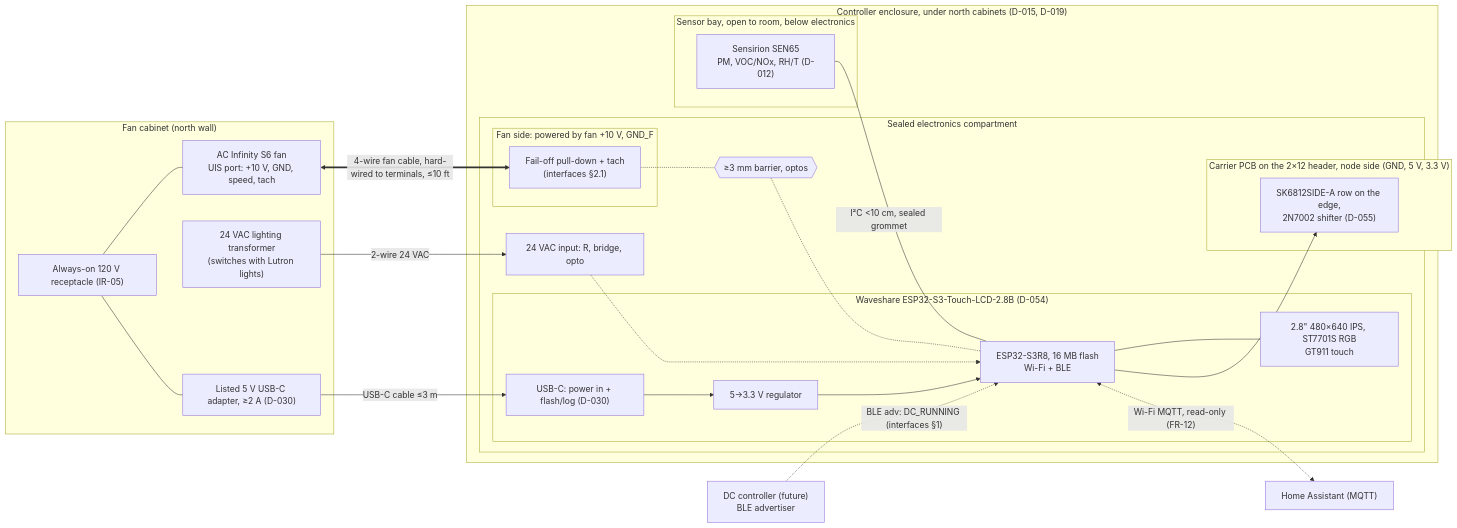
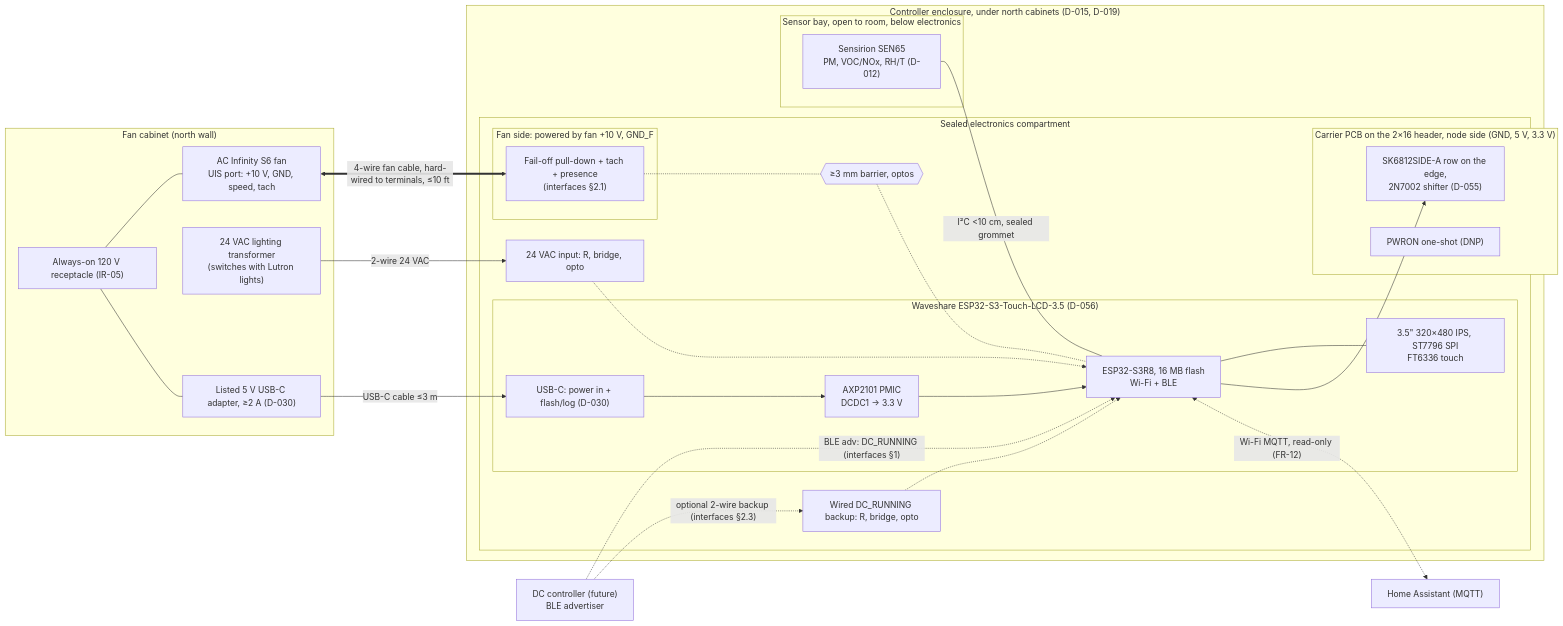
One commit to metcalf/shop-exhaust-control changed the diagram in docs/architecture.md. Above: the diagram before and after it, drawn with Mermaid. The commit also changed other lines of this file and 5 other files, not shown here.

First line of the commit message:
Docs for the Waveshare 3.5 (D-056): pin plan, restored FR-18/IR-01, AXP2101 power

````diff
--- a/docs/architecture.md
+++ b/docs/architecture.md
@@ -9,46 +9,49 @@
 ```mermaid
 flowchart LR
   subgraph CAB["Fan cabinet (north wall)"]
     REC["Always-on 120 V receptacle (IR-05)"]
     S6["AC Infinity S6 fan<br/>UIS port: +10 V, GND, speed, tach"]
     XFMR["24 VAC lighting transformer<br/>(switches with Lutron lights)"]
     PSU["Listed 5 V USB-C adapter, ≥2 A (D-030)"]
     REC --- S6
     REC --- PSU
   end
 
   subgraph ENC["Controller enclosure, under north cabinets (D-015, D-019)"]
     subgraph EC["Sealed electronics compartment"]
       subgraph FS["Fan side: powered by fan +10 V, GND_F"]
-        FAN_IF["Fail-off pull-down + tach<br/>(interfaces §2.1)"]
+        FAN_IF["Fail-off pull-down + tach + presence<br/>(interfaces §2.1)"]
       end
       BAR1{{"≥3 mm barrier, optos"}}
-      subgraph WS["Waveshare ESP32-S3-Touch-LCD-2.8B (D-054)"]
+      subgraph WS["Waveshare ESP32-S3-Touch-LCD-3.5 (D-056)"]
         MCU["ESP32-S3R8, 16 MB flash<br/>Wi-Fi + BLE"]
-        PWR["5→3.3 V regulator"]
-        PANEL["2.8&quot; 480×640 IPS, ST7701S RGB<br/>GT911 touch"]
+        PWR["AXP2101 PMIC<br/>DCDC1 → 3.3 V"]
+        PANEL["3.5&quot; 320×480 IPS, ST7796 SPI<br/>FT6336 touch"]
         USB["USB-C: power in + flash/log (D-030)"]
       end
-      subgraph CAR["Carrier PCB on the 2×12 header, node side (GND, 5 V, 3.3 V)"]
+      subgraph CAR["Carrier PCB on the 2×16 header, node side (GND, 5 V, 3.3 V)"]
         LEDS["SK6812SIDE-A row on the edge,<br/>2N7002 shifter (D-055)"]
+        POK["PWRON one-shot (DNP)"]
       end
       OCC_IF["24 VAC input: R, bridge, opto"]
+      DC_IF["Wired DC_RUNNING backup: R, bridge, opto"]
     end
     subgraph BAY["Sensor bay, open to room, below electronics"]
       SEN["Sensirion SEN65<br/>PM, VOC/NOx, RH/T (D-012)"]
     end
   end
 
   DC["DC controller (future)<br/>BLE advertiser"]
   HA["Home Assistant (MQTT)"]
 
   S6 <== "4-wire fan cable, hard-wired to terminals, ≤10 ft" ==> FAN_IF
   FAN_IF -.- BAR1 -.- MCU
   XFMR -- "2-wire 24 VAC" --> OCC_IF -.-> MCU
   PSU -- "USB-C cable ≤3 m" --> USB --> PWR --> MCU
   SEN -- "I²C <10 cm, sealed grommet" --- MCU
   MCU --- PANEL
   MCU --> LEDS
   DC -. "BLE adv: DC_RUNNING (interfaces §1)" .-> MCU
+  DC -. "optional 2-wire backup (interfaces §2.3)" .-> DC_IF -.-> MCU
   MCU <-. "Wi-Fi MQTT, read-only (FR-12)" .-> HA
 ```
````
